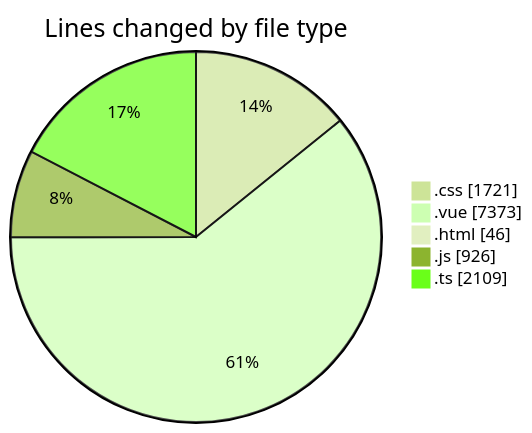
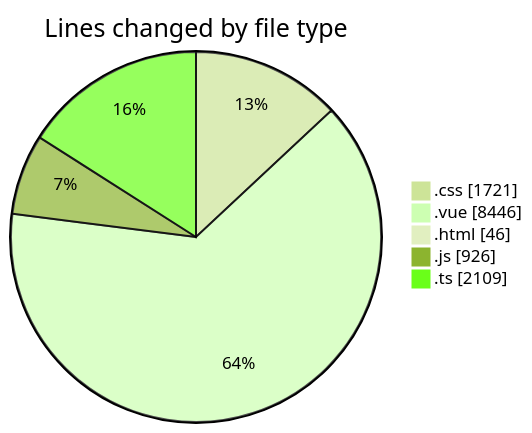
The first of 2 diagrams in 2025-08-18/rentotp/README.md (lephambinh05/code-tracking), drawn with Mermaid (forest theme) before and after one commit. The commit also changed other lines of this file and 1 other file, not shown here.

````diff
--- a/2025-08-18/rentotp/README.md
+++ b/2025-08-18/rentotp/README.md
@@ -56,9 +57,9 @@
 ```mermaid
 pie showData
 title Lines changed by file type
 ".css" : 1721
-".vue" : 7373
+".vue" : 8446
 ".html" : 46
 ".js" : 926
 ".ts" : 2109
 ```
````
